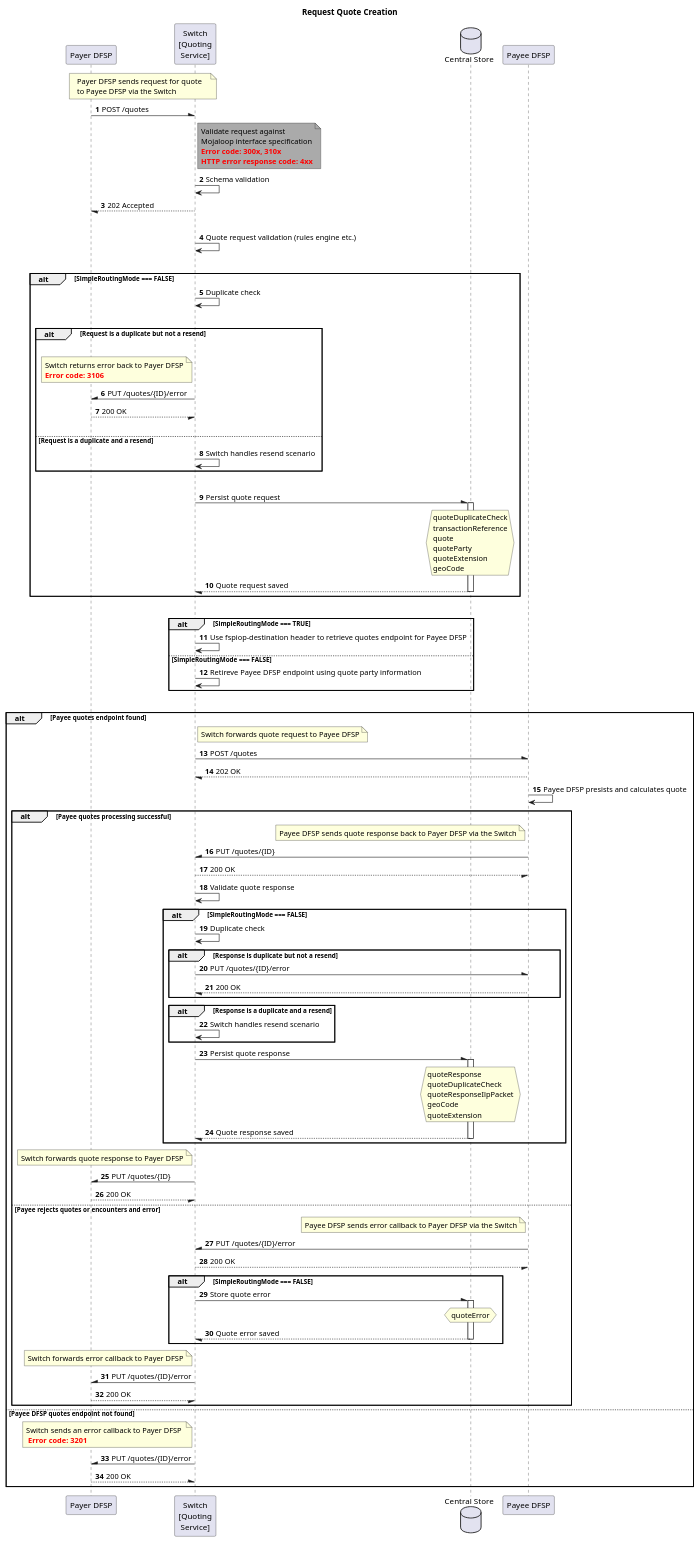
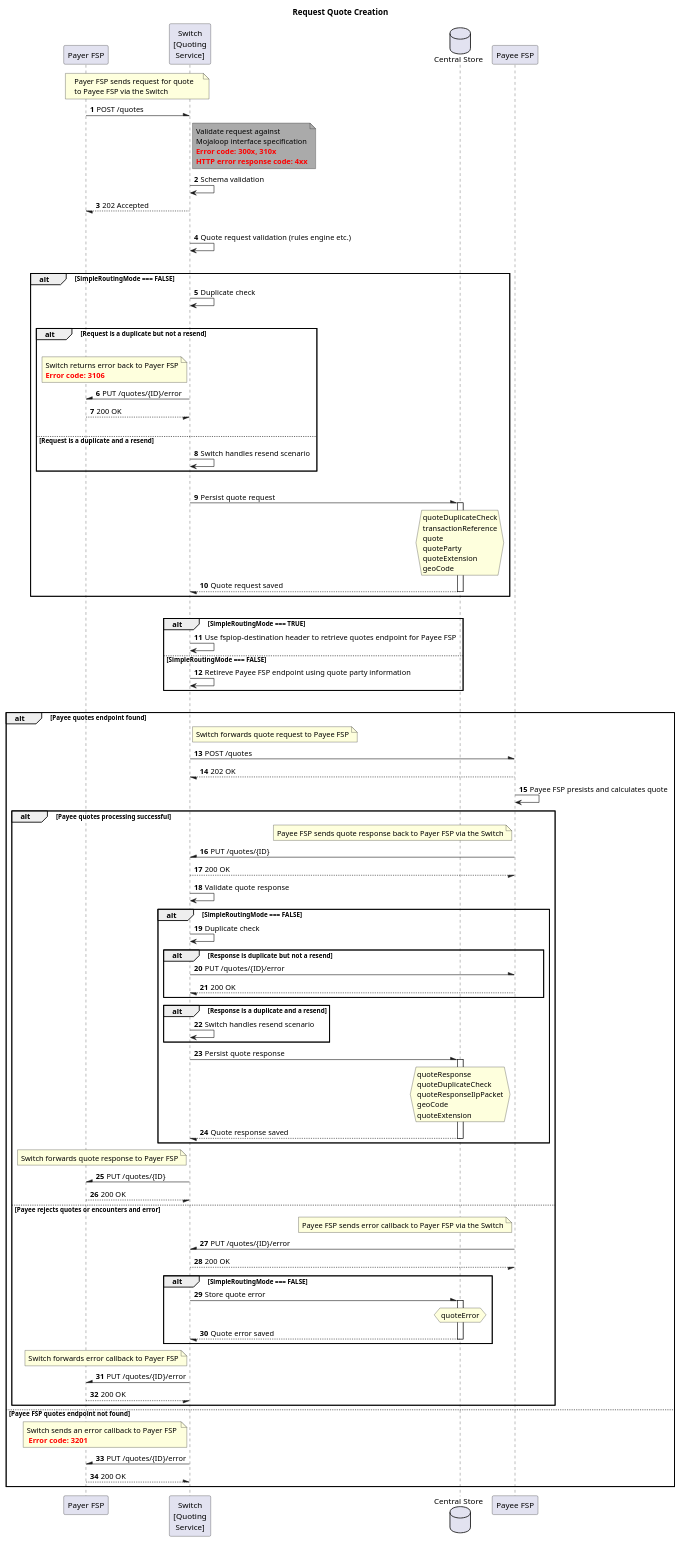
The diagram in mojaloop-technical-overview/quoting-service/assets/diagrams/sequence/seq-post-quotes-1.2.0.plantuml (mojaloop/documentation), drawn with PlantUML before and after one commit. The commit also changed 10 other files, not shown here.

Commit message:
Adding sequence diagrams for bulk Quotes

```diff
--- a/mojaloop-technical-overview/quoting-service/assets/diagrams/sequence/seq-post-quotes-1.2.0.plantuml
+++ b/mojaloop-technical-overview/quoting-service/assets/diagrams/sequence/seq-post-quotes-1.2.0.plantuml
@@ -1,117 +1,117 @@
 @startuml
 Title Request Quote Creation
-participant "Payer DFSP" as PayerDFSP
+participant "Payer FSP" as PayerFSP
 participant "Switch\n[Quoting\nService]" as Switch
 database "Central Store" as DB
-participant "Payee DFSP" as PayeeDFSP
+participant "Payee FSP" as PayeeFSP
 autonumber
 
-note over PayerDFSP, Switch: Payer DFSP sends request for quote \nto Payee DFSP via the Switch
-PayerDFSP -\ Switch: POST /quotes
+note over PayerFSP, Switch: Payer FSP sends request for quote \nto Payee FSP via the Switch
+PayerFSP -\ Switch: POST /quotes
 note right of Switch #aaa
     Validate request against 
     Mojaloop interface specification
     **<color #red>Error code: 300x, 310x</color>**
     **<color #red>HTTP error response code: 4xx</color>**
 end note
 Switch -> Switch: Schema validation
-PayerDFSP \-- Switch: 202 Accepted
+PayerFSP \-- Switch: 202 Accepted
 |||
 Switch -> Switch: Quote request validation (rules engine etc.)
 |||
 alt SimpleRoutingMode === FALSE
     Switch -> Switch: Duplicate check
     |||
     alt Request is a duplicate but not a resend
     |||
         note left of Switch
-            Switch returns error back to Payer DFSP
+            Switch returns error back to Payer FSP
             <color #red>**Error code: 3106**</color>
         end note
-        PayerDFSP /- Switch: PUT /quotes/{ID}/error
-        PayerDFSP --/ Switch: 200 OK
+        PayerFSP /- Switch: PUT /quotes/{ID}/error
+        PayerFSP --/ Switch: 200 OK
     |||
     else Request is a duplicate and a resend
         Switch -> Switch: Switch handles resend scenario
     end
     |||
     Switch -\ DB: Persist quote request
     activate DB
         hnote over DB
             quoteDuplicateCheck
             transactionReference
             quote
             quoteParty
             quoteExtension
             geoCode
         end hnote
     Switch \-- DB: Quote request saved
     deactivate DB
 end
 |||
 alt SimpleRoutingMode === TRUE
-    Switch -> Switch: Use fspiop-destination header to retrieve quotes endpoint for Payee DFSP
+    Switch -> Switch: Use fspiop-destination header to retrieve quotes endpoint for Payee FSP
 else SimpleRoutingMode === FALSE
-    Switch -> Switch: Retireve Payee DFSP endpoint using quote party information
+    Switch -> Switch: Retireve Payee FSP endpoint using quote party information
 end
 |||
 alt Payee quotes endpoint found
-    note right of Switch: Switch forwards quote request to Payee DFSP
-    Switch -\ PayeeDFSP: POST /quotes
-    Switch \-- PayeeDFSP: 202 OK
+    note right of Switch: Switch forwards quote request to Payee FSP
+    Switch -\ PayeeFSP: POST /quotes
+    Switch \-- PayeeFSP: 202 OK
 
-    PayeeDFSP -> PayeeDFSP: Payee DFSP presists and calculates quote
+    PayeeFSP -> PayeeFSP: Payee FSP presists and calculates quote
     alt Payee quotes processing successful
-        note left of PayeeDFSP: Payee DFSP sends quote response back to Payer DFSP via the Switch
-        Switch /- PayeeDFSP: PUT /quotes/{ID}
-        Switch --/ PayeeDFSP: 200 OK
+        note left of PayeeFSP: Payee FSP sends quote response back to Payer FSP via the Switch
+        Switch /- PayeeFSP: PUT /quotes/{ID}
+        Switch --/ PayeeFSP: 200 OK
 
         Switch -> Switch: Validate quote response
         alt SimpleRoutingMode === FALSE
             Switch -> Switch: Duplicate check
             alt Response is duplicate but not a resend
-                Switch -\ PayeeDFSP: PUT /quotes/{ID}/error
-                Switch \-- PayeeDFSP: 200 OK
+                Switch -\ PayeeFSP: PUT /quotes/{ID}/error
+                Switch \-- PayeeFSP: 200 OK
             end
             alt Response is a duplicate and a resend
                 Switch -> Switch: Switch handles resend scenario
             end
             Switch -\ DB: Persist quote response
             activate DB
             hnote over DB
                 quoteResponse
                 quoteDuplicateCheck
                 quoteResponseIlpPacket
                 geoCode
                 quoteExtension
             end hnote
             Switch \-- DB: Quote response saved
             deactivate DB
         end
-        note left of Switch: Switch forwards quote response to Payer DFSP
-        PayerDFSP /- Switch: PUT /quotes/{ID}
-        PayerDFSP --/ Switch: 200 OK
+        note left of Switch: Switch forwards quote response to Payer FSP
+        PayerFSP /- Switch: PUT /quotes/{ID}
+        PayerFSP --/ Switch: 200 OK
     else Payee rejects quotes or encounters and error
-        note left of PayeeDFSP: Payee DFSP sends error callback to Payer DFSP via the Switch
-        Switch /- PayeeDFSP: PUT /quotes/{ID}/error
-        Switch --/ PayeeDFSP: 200 OK
+        note left of PayeeFSP: Payee FSP sends error callback to Payer FSP via the Switch
+        Switch /- PayeeFSP: PUT /quotes/{ID}/error
+        Switch --/ PayeeFSP: 200 OK
         alt SimpleRoutingMode === FALSE
             Switch -\ DB: Store quote error
             activate DB
             hnote over DB
                 quoteError
             end hnote
             Switch \-- DB: Quote error saved
             deactivate DB
         end
-        note left of Switch: Switch forwards error callback to Payer DFSP
-        PayerDFSP /- Switch: PUT /quotes/{ID}/error
-        PayerDFSP --/ Switch: 200 OK
+        note left of Switch: Switch forwards error callback to Payer FSP
+        PayerFSP /- Switch: PUT /quotes/{ID}/error
+        PayerFSP --/ Switch: 200 OK
     end
-else Payee DFSP quotes endpoint not found
-    note left of Switch: Switch sends an error callback to Payer DFSP \n <color #red>**Error code: 3201**</color>
-    PayerDFSP /- Switch: PUT /quotes/{ID}/error
-    PayerDFSP --\ Switch: 200 OK
+else Payee FSP quotes endpoint not found
+    note left of Switch: Switch sends an error callback to Payer FSP \n <color #red>**Error code: 3201**</color>
+    PayerFSP /- Switch: PUT /quotes/{ID}/error
+    PayerFSP --\ Switch: 200 OK
 end
 
 @enduml
```
